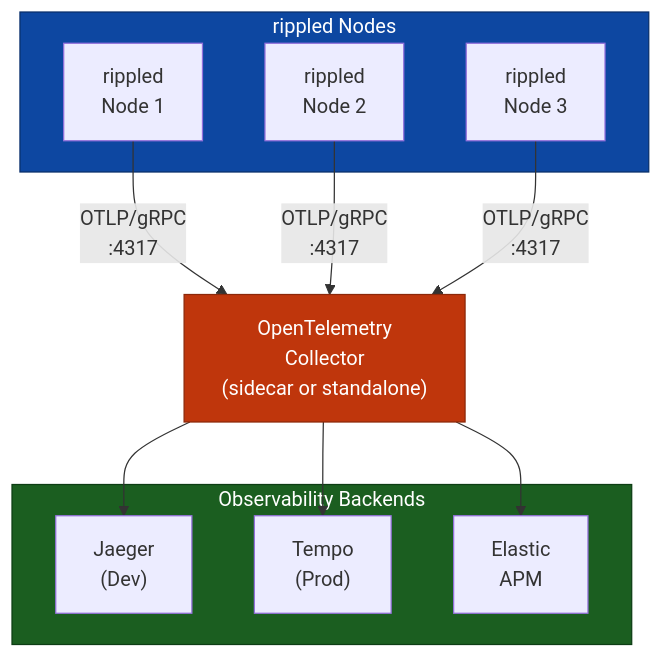
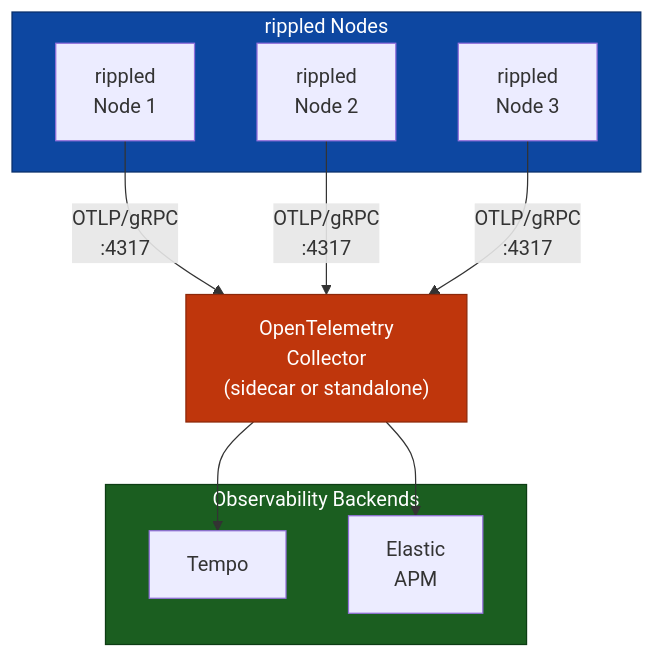
Before and after one commit to XRPLF/rippled: the first of 3 diagrams in OpenTelemetryPlan/02-design-decisions.md, drawn with Mermaid. The commit also changed other lines of this file and 12 other files, not shown here.

````diff
--- a/OpenTelemetryPlan/02-design-decisions.md
+++ b/OpenTelemetryPlan/02-design-decisions.md
@@ -35,28 +39,26 @@
 ```mermaid
 flowchart TB
     subgraph nodes["rippled Nodes"]
         node1["rippled<br/>Node 1"]
         node2["rippled<br/>Node 2"]
         node3["rippled<br/>Node 3"]
     end
 
     collector["OpenTelemetry<br/>Collector<br/>(sidecar or standalone)"]
 
     subgraph backends["Observability Backends"]
-        jaeger["Jaeger<br/>(Dev)"]
-        tempo["Tempo<br/>(Prod)"]
+        tempo["Tempo"]
         elastic["Elastic<br/>APM"]
     end
 
     node1 -->|"OTLP/gRPC<br/>:4317"| collector
     node2 -->|"OTLP/gRPC<br/>:4317"| collector
     node3 -->|"OTLP/gRPC<br/>:4317"| collector
 
-    collector --> jaeger
     collector --> tempo
     collector --> elastic
 
     style nodes fill:#0d47a1,stroke:#082f6a,color:#ffffff
     style backends fill:#1b5e20,stroke:#0d3d14,color:#ffffff
     style collector fill:#bf360c,stroke:#8c2809,color:#ffffff
 ```
````
